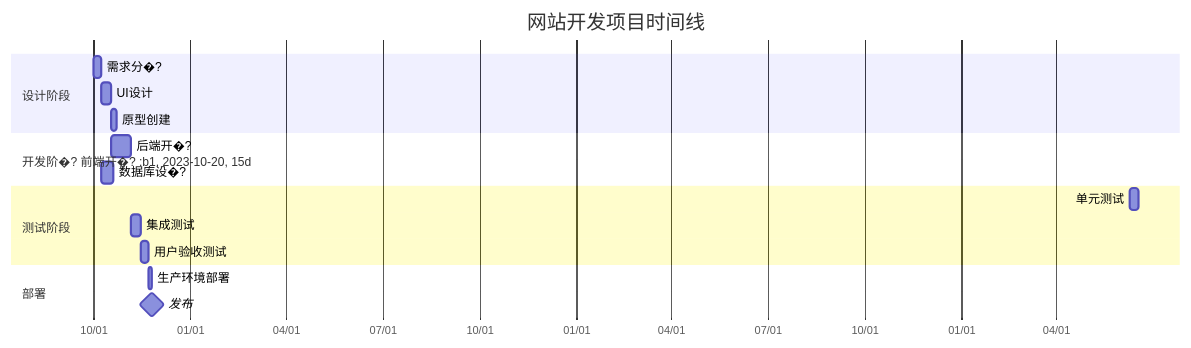
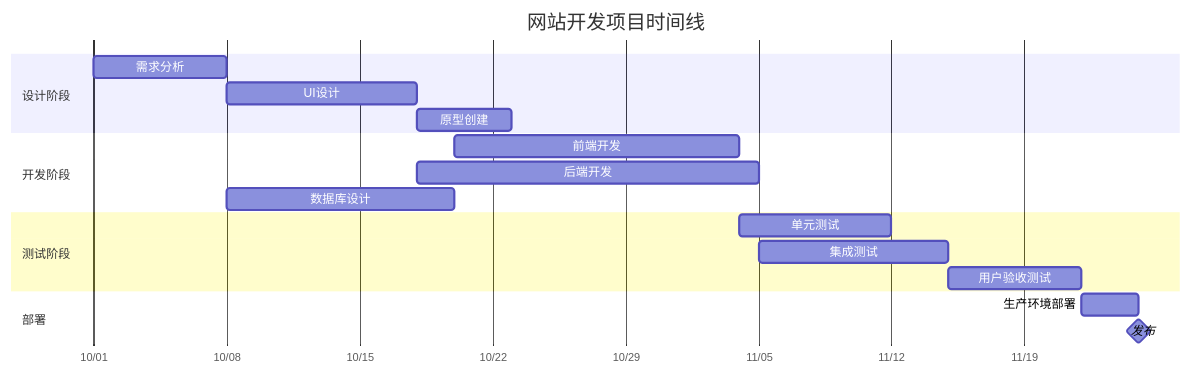
One commit to Mical-517/Firefly-blog changed the third of 6 diagrams in src/content/posts/markdown-mermaid.md. Above: the diagram before and after it, drawn with Mermaid. The commit also changed other lines of this file and 12 other files, not shown here.

````diff
--- a/src/content/posts/markdown-mermaid.md
+++ b/src/content/posts/markdown-mermaid.md
@@ -65,24 +75,25 @@
 ```mermaid
 gantt
     title 网站开发项目时间线
     dateFormat  YYYY-MM-DD
     axisFormat  %m/%d
     
     section 设计阶段
-    需求分�?     :a1, 2023-10-01, 7d
+    需求分析      :a1, 2023-10-01, 7d
     UI设计                 :a2, after a1, 10d
     原型创建        :a3, after a2, 5d
     
-    section 开发阶�?    前端开�?     :b1, 2023-10-20, 15d
-    后端开�?      :b2, after a2, 18d
-    数据库设�?          :b3, after a1, 12d
+    section 开发阶段
+    前端开发      :b1, 2023-10-20, 15d
+    后端开发       :b2, after a2, 18d
+    数据库设计           :b3, after a1, 12d
     
     section 测试阶段
     单元测试              :c1, after b1, 8d
     集成测试       :c2, after b2, 10d
     用户验收测试   :c3, after c2, 7d
     
     section 部署
     生产环境部署     :d1, after c3, 3d
     发布                    :milestone, after d1, 0d
 ```
````
